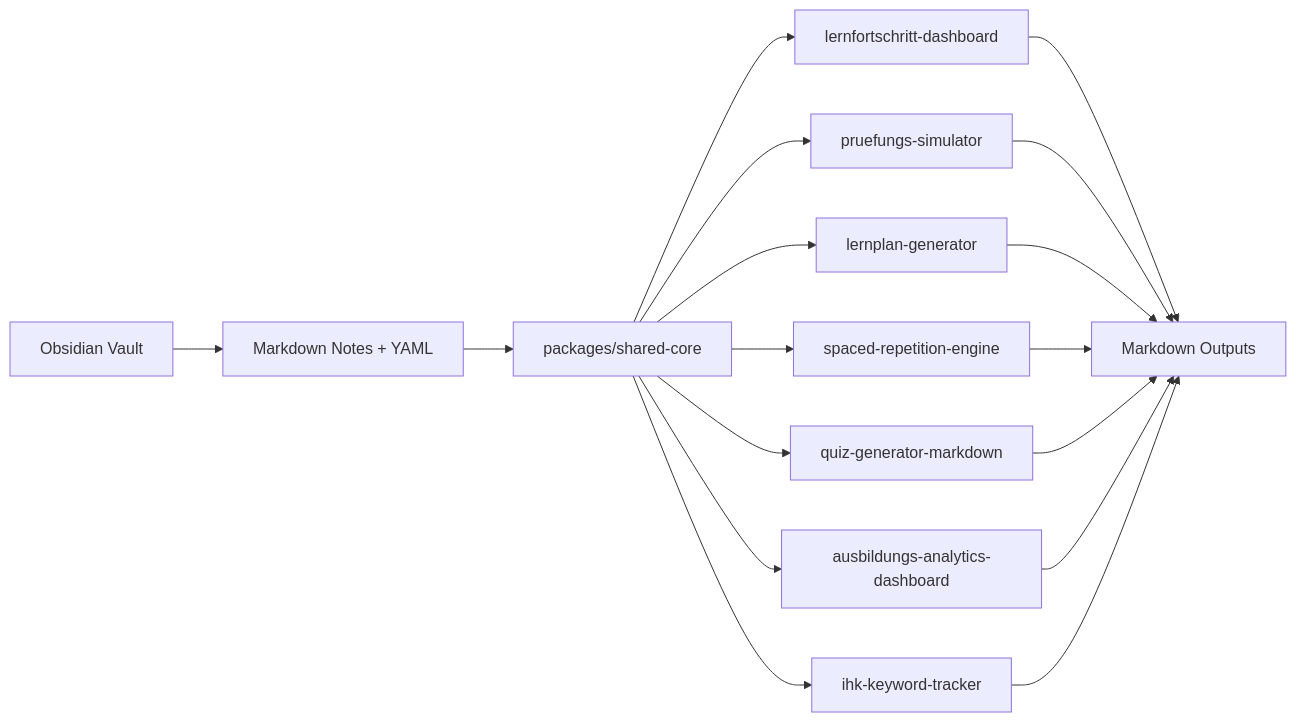
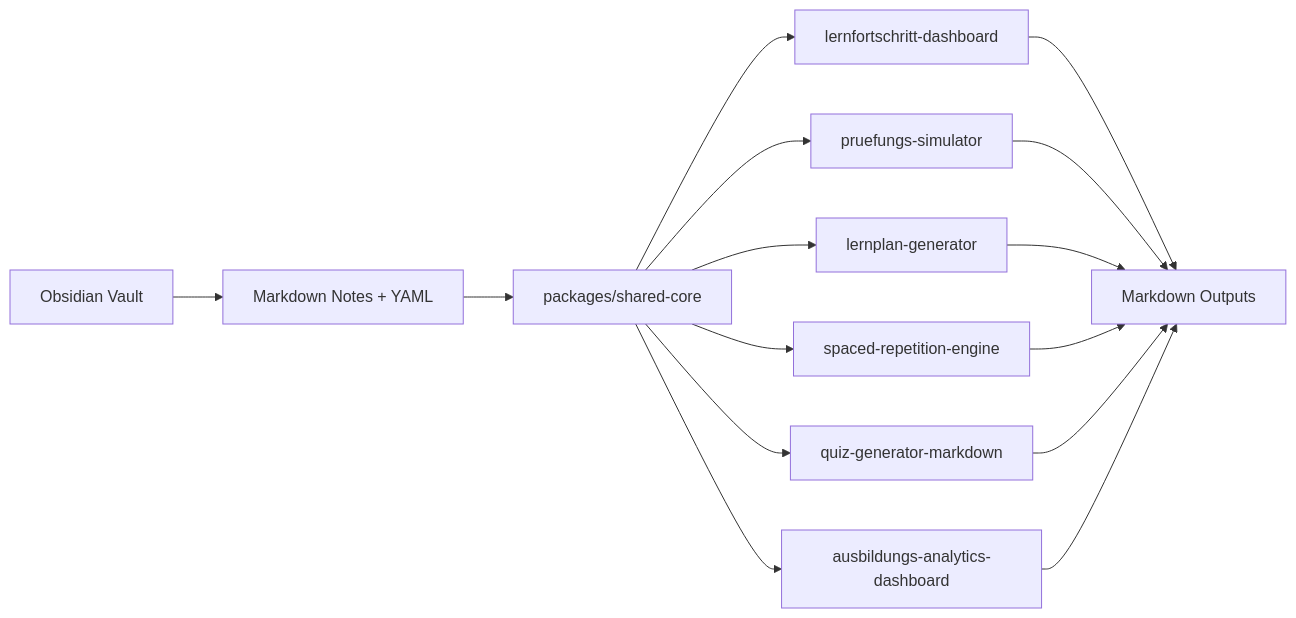
The first of 2 diagrams in README.md (p2plus/obsidian-ausbildung-plugins), drawn with Mermaid before and after one commit. The commit also changed other lines of this file and 34 other files, not shown here.

Commit message:
Add vault onboarding workflow and tighten plugin runtime flows

````diff
--- a/README.md
+++ b/README.md
@@ -13,19 +13,17 @@
 ```mermaid
 flowchart LR
     Vault["Obsidian Vault"] --> Notes["Markdown Notes + YAML"]
     Notes --> Shared["packages/shared-core"]
     Shared --> Dashboard["lernfortschritt-dashboard"]
     Shared --> Exam["pruefungs-simulator"]
     Shared --> Planner["lernplan-generator"]
     Shared --> Review["spaced-repetition-engine"]
     Shared --> Quiz["quiz-generator-markdown"]
     Shared --> Analytics["ausbildungs-analytics-dashboard"]
-    Shared --> Keywords["ihk-keyword-tracker"]
     Dashboard --> Outputs["Markdown Outputs"]
     Exam --> Outputs
     Planner --> Outputs
     Review --> Outputs
     Quiz --> Outputs
     Analytics --> Outputs
-    Keywords --> Outputs
 ```
````
